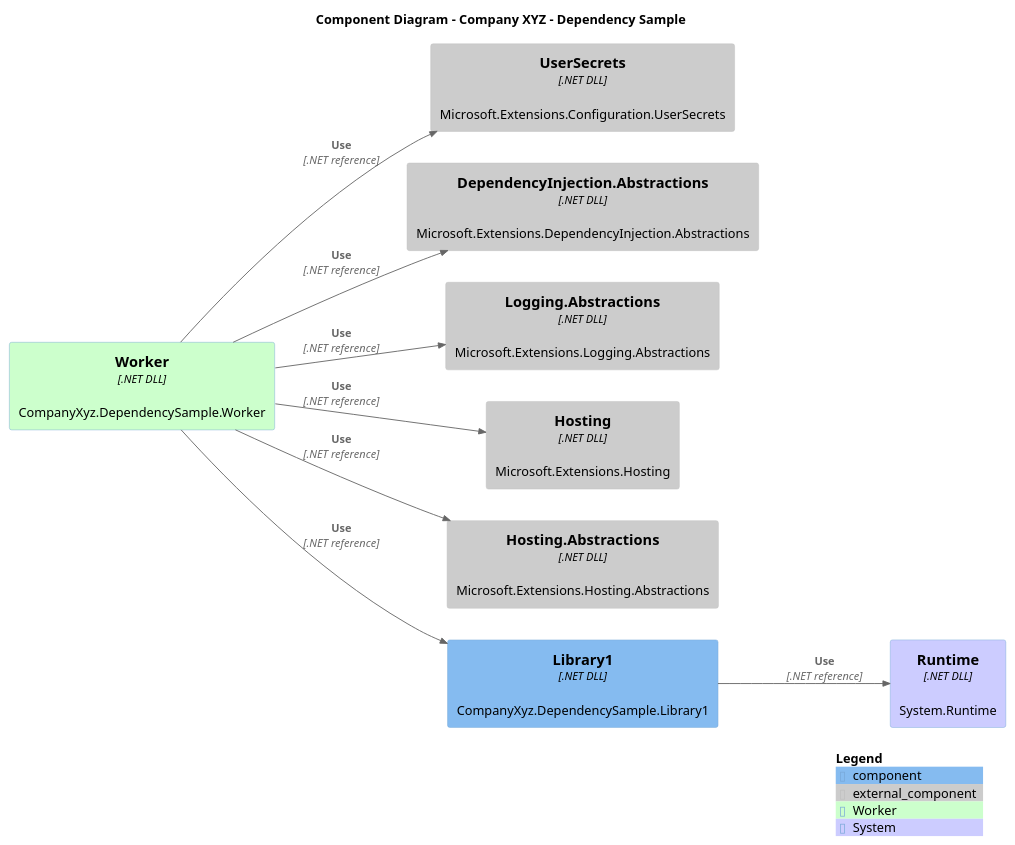
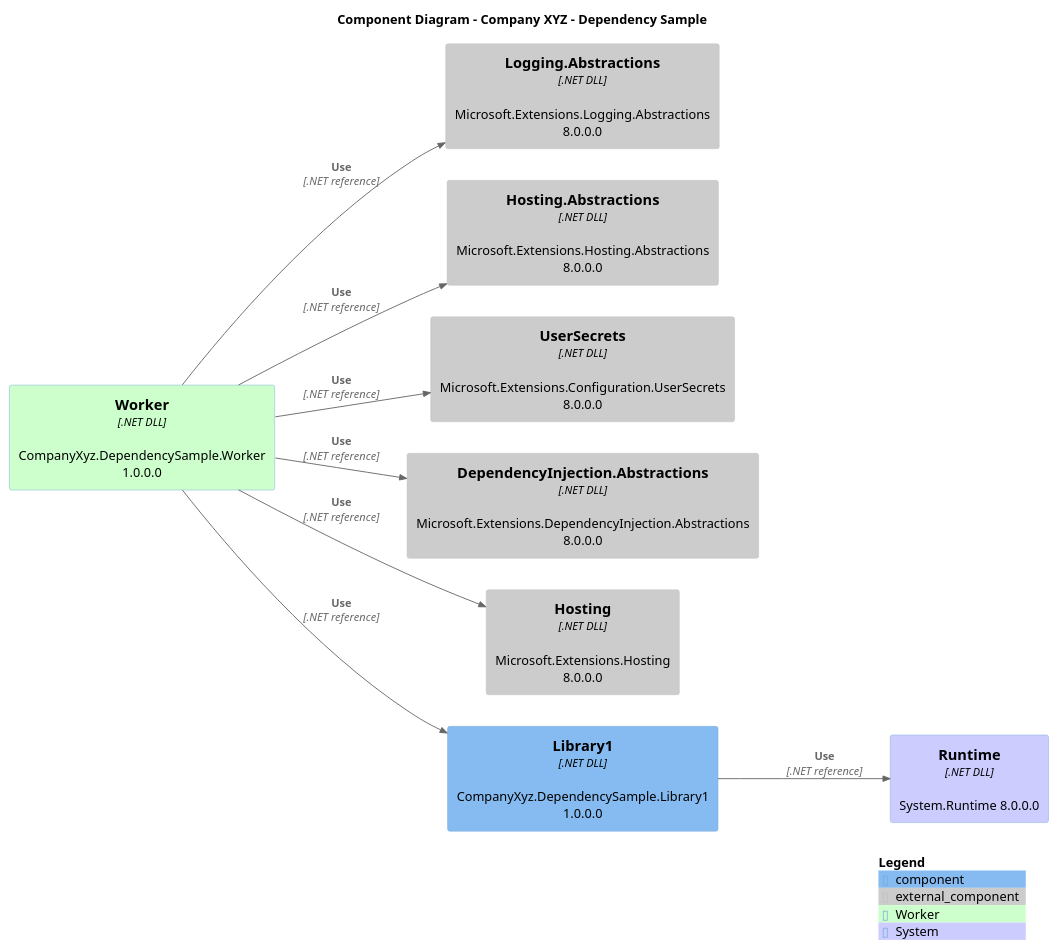
The diagram in sample/docs/c4-component-CompanyXyz.puml (sgryphon/dotnet-dependency-graph), drawn with PlantUML before and after one commit. The commit also changed 5 other files, not shown here.

```diff
--- a/sample/docs/c4-component-CompanyXyz.puml
+++ b/sample/docs/c4-component-CompanyXyz.puml
@@ -1,32 +1,32 @@
 @startuml
 
 !include <C4/C4_Component>
 AddComponentTag("Application", $bgColor="#0000ff")
 
 title Component Diagram - Company XYZ - Dependency Sample
 
 LAYOUT_LEFT_RIGHT()
 AddComponentTag("Worker", $bgColor="#ccffcc")
 AddComponentTag("System", $bgColor="#ccccff")
 
-Component_Ext(Microsoft.Extensions.Configuration.UserSecrets, "UserSecrets", ".NET DLL", "Microsoft.Extensions.Configuration.UserSecrets")
-Component_Ext(Microsoft.Extensions.DependencyInjection.Abstractions, "DependencyInjection.Abstractions", ".NET DLL", "Microsoft.Extensions.DependencyInjection.Abstractions")
-Component_Ext(System.Runtime, "Runtime", ".NET DLL", "System.Runtime", $tags="System")
-Component_Ext(Microsoft.Extensions.Logging.Abstractions, "Logging.Abstractions", ".NET DLL", "Microsoft.Extensions.Logging.Abstractions")
-Component_Ext(Microsoft.Extensions.Hosting, "Hosting", ".NET DLL", "Microsoft.Extensions.Hosting")
-Component_Ext(Microsoft.Extensions.Hosting.Abstractions, "Hosting.Abstractions", ".NET DLL", "Microsoft.Extensions.Hosting.Abstractions")
-Component(CompanyXyz.DependencySample.Library1, "Library1", ".NET DLL", "CompanyXyz.DependencySample.Library1")
+Component_Ext(Microsoft.Extensions.Logging.Abstractions, "Logging.Abstractions", ".NET DLL", "Microsoft.Extensions.Logging.Abstractions 8.0.0.0")
+Component_Ext(Microsoft.Extensions.Hosting.Abstractions, "Hosting.Abstractions", ".NET DLL", "Microsoft.Extensions.Hosting.Abstractions 8.0.0.0")
+Component_Ext(Microsoft.Extensions.Configuration.UserSecrets, "UserSecrets", ".NET DLL", "Microsoft.Extensions.Configuration.UserSecrets 8.0.0.0")
+Component_Ext(System.Runtime, "Runtime", ".NET DLL", "System.Runtime 8.0.0.0", $tags="System")
+Component_Ext(Microsoft.Extensions.DependencyInjection.Abstractions, "DependencyInjection.Abstractions", ".NET DLL", "Microsoft.Extensions.DependencyInjection.Abstractions 8.0.0.0")
+Component_Ext(Microsoft.Extensions.Hosting, "Hosting", ".NET DLL", "Microsoft.Extensions.Hosting 8.0.0.0")
 
-Component(CompanyXyz.DependencySample.Worker, "Worker", ".NET DLL", "CompanyXyz.DependencySample.Worker", $tags="Worker")
+Component(CompanyXyz.DependencySample.Worker, "Worker", ".NET DLL", "CompanyXyz.DependencySample.Worker 1.0.0.0", $tags="Worker")
+Component(CompanyXyz.DependencySample.Library1, "Library1", ".NET DLL", "CompanyXyz.DependencySample.Library1 1.0.0.0")
 
+Rel(CompanyXyz.DependencySample.Worker, Microsoft.Extensions.Logging.Abstractions, "Use", ".NET reference")
+Rel(CompanyXyz.DependencySample.Worker, Microsoft.Extensions.Hosting.Abstractions, "Use", ".NET reference")
 Rel(CompanyXyz.DependencySample.Worker, Microsoft.Extensions.Configuration.UserSecrets, "Use", ".NET reference")
+Rel(CompanyXyz.DependencySample.Worker, CompanyXyz.DependencySample.Library1, "Use", ".NET reference")
+Rel(CompanyXyz.DependencySample.Library1, System.Runtime, "Use", ".NET reference")
 Rel(CompanyXyz.DependencySample.Worker, Microsoft.Extensions.DependencyInjection.Abstractions, "Use", ".NET reference")
-Rel(CompanyXyz.DependencySample.Library1, System.Runtime, "Use", ".NET reference")
-Rel(CompanyXyz.DependencySample.Worker, Microsoft.Extensions.Logging.Abstractions, "Use", ".NET reference")
 Rel(CompanyXyz.DependencySample.Worker, Microsoft.Extensions.Hosting, "Use", ".NET reference")
-Rel(CompanyXyz.DependencySample.Worker, Microsoft.Extensions.Hosting.Abstractions, "Use", ".NET reference")
-Rel(CompanyXyz.DependencySample.Worker, CompanyXyz.DependencySample.Library1, "Use", ".NET reference")
 
 SHOW_LEGEND()
 
 @enduml
```
